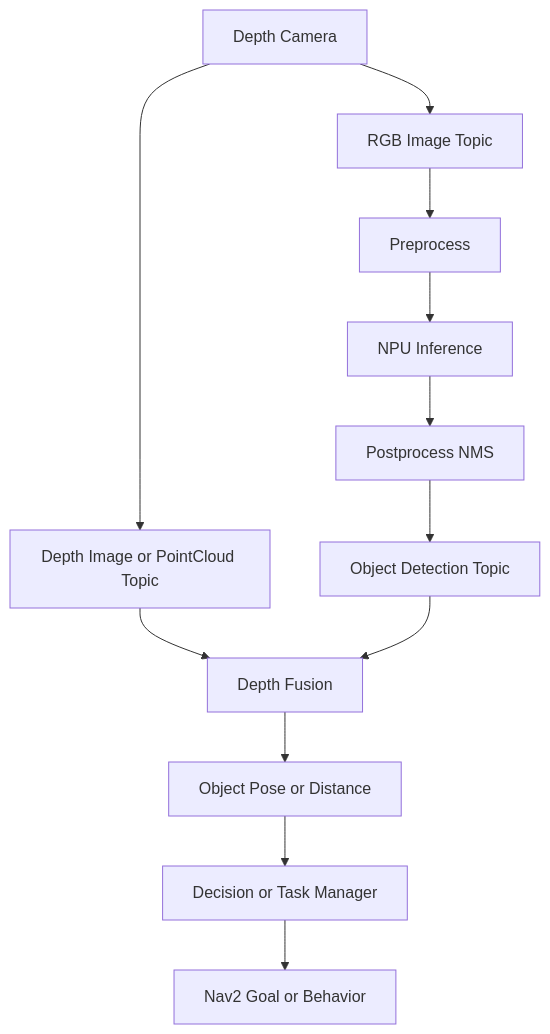
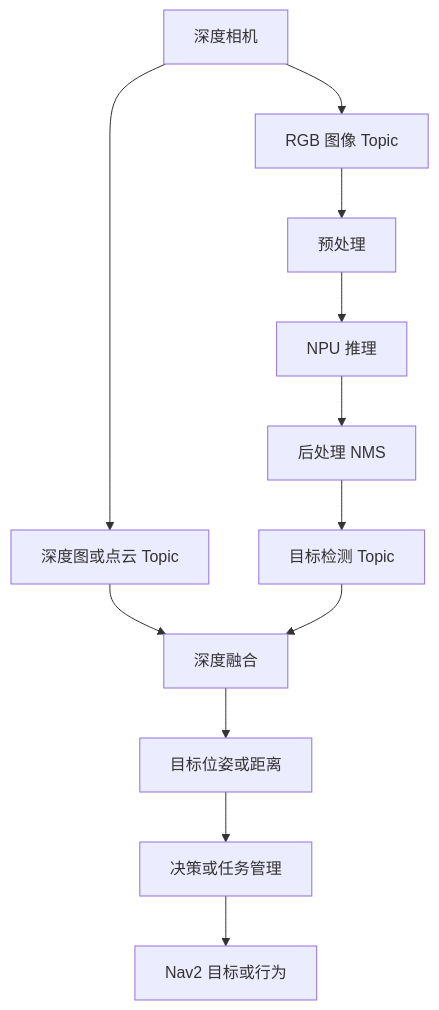
The diagram in robot-knowledge-base/06-yolo-npu/ai-navigation-integration.md (shimokagela-mk/cusor), drawn with Mermaid before and after one commit. The commit also changed other lines of this file and 14 other files, not shown here.

````diff
--- a/robot-knowledge-base/06-yolo-npu/ai-navigation-integration.md
+++ b/robot-knowledge-base/06-yolo-npu/ai-navigation-integration.md
@@ -11,14 +9,14 @@
 ```mermaid
 flowchart TD
-    camera["Depth Camera"] --> imageTopic["RGB Image Topic"]
-    camera --> depthTopic["Depth Image or PointCloud Topic"]
-    imageTopic --> preprocess["Preprocess"]
-    preprocess --> npu["NPU Inference"]
-    npu --> postprocess["Postprocess NMS"]
-    postprocess --> detectionTopic["Object Detection Topic"]
-    depthTopic --> fusion["Depth Fusion"]
+    camera["深度相机"] --> imageTopic["RGB 图像 Topic"]
+    camera --> depthTopic["深度图或点云 Topic"]
+    imageTopic --> preprocess["预处理"]
+    preprocess --> npu["NPU 推理"]
+    npu --> postprocess["后处理 NMS"]
+    postprocess --> detectionTopic["目标检测 Topic"]
+    depthTopic --> fusion["深度融合"]
     detectionTopic --> fusion
-    fusion --> objectPose["Object Pose or Distance"]
-    objectPose --> decision["Decision or Task Manager"]
-    decision --> nav2["Nav2 Goal or Behavior"]
+    fusion --> objectPose["目标位姿或距离"]
+    objectPose --> decision["决策或任务管理"]
+    decision --> nav2["Nav2 目标或行为"]
 ```
````
